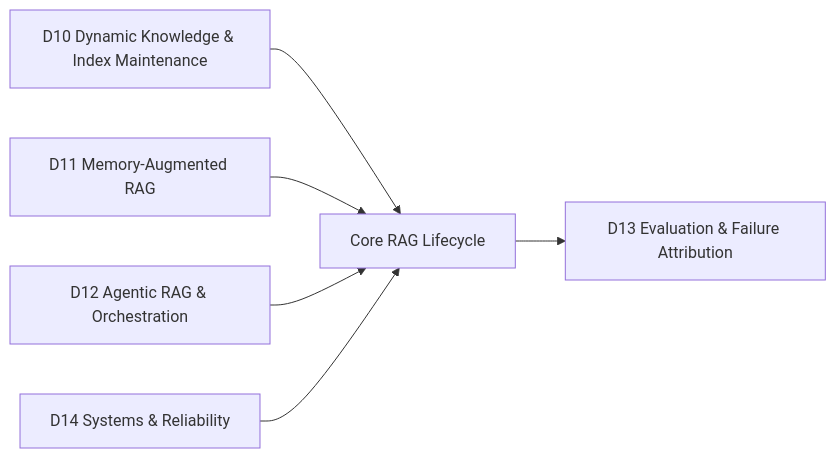
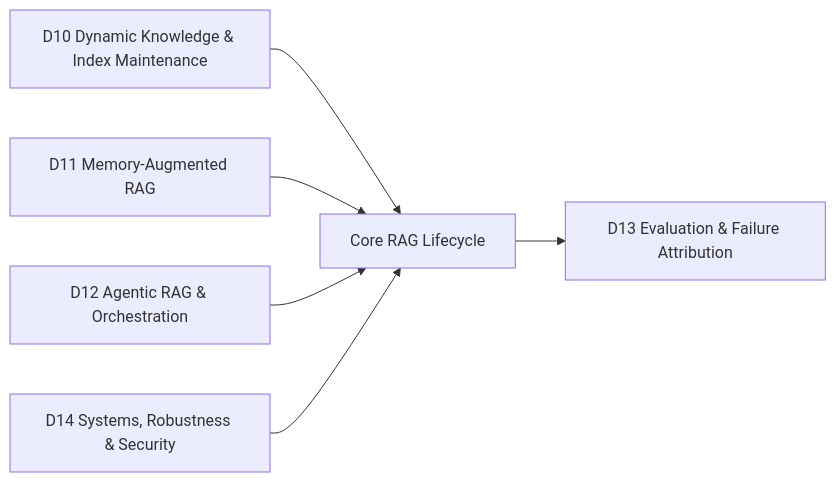
The second of 2 diagrams in 00 - 導覽與心智圖 (Navigation & MOC)/RAG Research Taxonomy & Domain Map.md (Cycl0n3-ga/RAG-survey), drawn with Mermaid before and after one commit. The commit also changed other lines of this file and 7 other files, not shown here.

Commit message:
refactor(taxonomy): restore robustness and security scope in D14

````diff
--- a/00 - 導覽與心智圖 (Navigation & MOC)/RAG Research Taxonomy & Domain Map.md
+++ b/00 - 導覽與心智圖 (Navigation & MOC)/RAG Research Taxonomy & Domain Map.md
@@ -39,8 +39,8 @@
 ```mermaid
 flowchart LR
     D10["D10 Dynamic Knowledge & Index Maintenance"] --> CORE["Core RAG Lifecycle"]
     D11["D11 Memory-Augmented RAG"] --> CORE
     D12["D12 Agentic RAG & Orchestration"] --> CORE
     CORE --> D13["D13 Evaluation & Failure Attribution"]
-    D14["D14 Systems & Reliability"] --> CORE
+    D14["D14 Systems, Robustness & Security"] --> CORE
 ```
````
